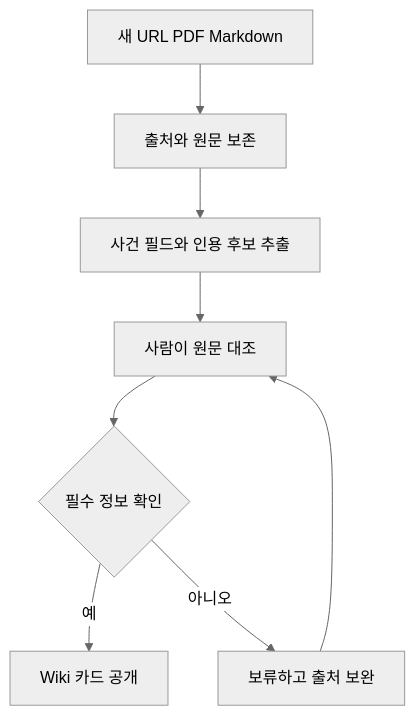
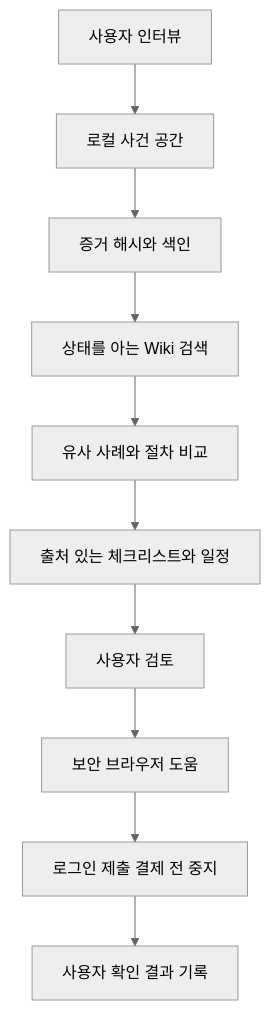
One commit to leetae9yu/haksulsomoim changed the third of 4 diagrams in docs/LLM_Wiki_사례확장_및_에이전트_활용_쉬운설명.md. Above: the diagram before and after it, drawn with Mermaid (neutral theme). The commit also changed other lines of this file, not shown here.

Commit message:
Rewrite easy LLM Wiki guide from sources

````diff
--- a/docs/LLM_Wiki_사례확장_및_에이전트_활용_쉬운설명.md
+++ b/docs/LLM_Wiki_사례확장_및_에이전트_활용_쉬운설명.md
@@ -81,10 +146,12 @@
 ```mermaid
 flowchart TD
-    A[새 URL PDF Markdown] --> B[출처와 원문 보존]
-    B --> C[사건 필드와 인용 후보 추출]
-    C --> D[사람이 원문 대조]
-    D --> E{필수 정보 확인}
-    E -->|예| F[Wiki 카드 공개]
-    E -->|아니오| G[보류하고 출처 보완]
-    G --> D
+    A[사용자 인터뷰] --> B[로컬 사건 공간]
+    B --> C[증거 해시와 색인]
+    C --> D[상태를 아는 Wiki 검색]
+    D --> E[유사 사례와 절차 비교]
+    E --> F[출처 있는 체크리스트와 일정]
+    F --> G[사용자 검토]
+    G --> H[보안 브라우저 도움]
+    H --> I[로그인 제출 결제 전 중지]
+    I --> J[사용자 확인 결과 기록]
 ```
````
